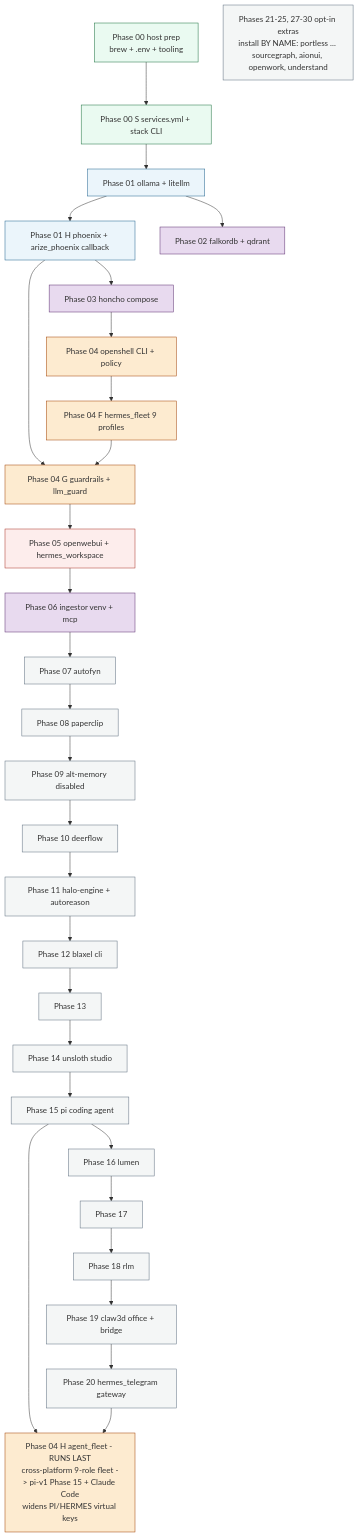
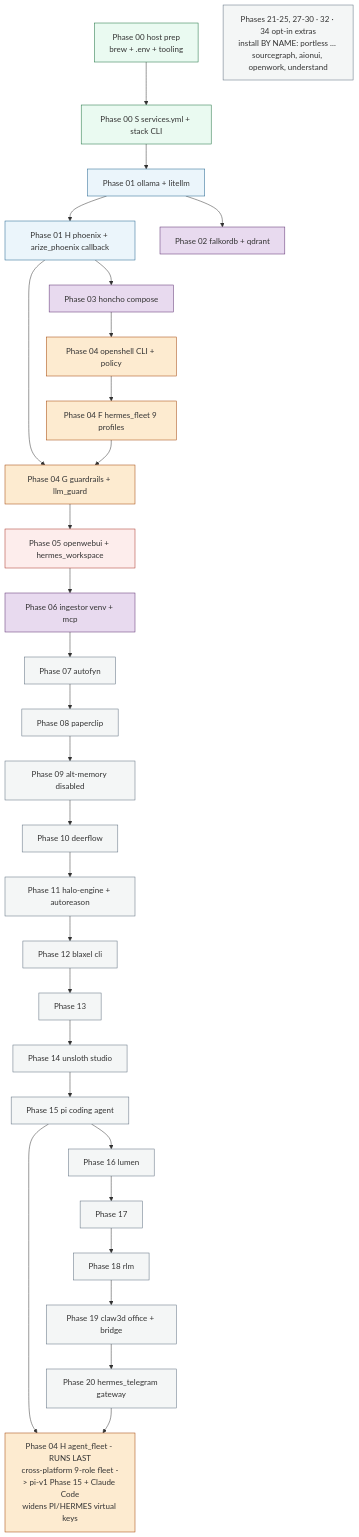
One commit to mayssamj/versatile-ai-stack changed the sixth of 6 diagrams in doc/DEPENDENCIES.md. Above: the diagram before and after it, drawn with Mermaid. The commit also changed 15 other files, not shown here.

````diff
--- a/doc/DEPENDENCIES.md
+++ b/doc/DEPENDENCIES.md
@@ -365,49 +365,49 @@
 ```mermaid
 graph TD
   classDef host fill:#eafaf1,stroke:#196f3d
   classDef inf fill:#ebf5fb,stroke:#1f618d
   classDef store fill:#e8daef,stroke:#5b2c6f
   classDef sec fill:#fdebd0,stroke:#a04000
   classDef ui fill:#fdedec,stroke:#a93226
   classDef opt fill:#f4f6f6,stroke:#5d6d7e
 
   p00[Phase 00 host prep<br/>brew + .env + tooling]:::host
   p00s[Phase 00 S services.yml + stack CLI]:::host
   p01[Phase 01 ollama + litellm]:::inf
   p01h[Phase 01 H phoenix + arize_phoenix callback]:::inf
   p02[Phase 02 falkordb + qdrant]:::store
   p03[Phase 03 honcho compose]:::store
   p04[Phase 04 openshell CLI + policy]:::sec
   p04f[Phase 04 F hermes_fleet 9 profiles]:::sec
   p04g[Phase 04 G guardrails + llm_guard]:::sec
   p05[Phase 05 openwebui + hermes_workspace]:::ui
   p06[Phase 06 ingestor venv + mcp]:::store
   p07[Phase 07 autofyn]:::opt
   p08[Phase 08 paperclip]:::opt
   p09[Phase 09 alt-memory disabled]:::opt
   p10[Phase 10 deerflow]:::opt
   p11[Phase 11 halo-engine + autoreason]:::opt
   p12[Phase 12 blaxel cli]:::opt
   p13[Phase 13]:::opt
   p14[Phase 14 unsloth studio]:::opt
   p15[Phase 15 pi coding agent]:::opt
   p16[Phase 16 lumen]:::opt
   p17[Phase 17]:::opt
   p18[Phase 18 rlm]:::opt
   p19[Phase 19 claw3d office + bridge]:::opt
   p20[Phase 20 hermes_telegram gateway]:::opt
-  p21_26[Phases 21-25, 27-30 opt-in extras<br/>install BY NAME: portless ... sourcegraph, aionui, openwork, understand]:::opt
+  p21_26[Phases 21-25, 27-30 · 32 · 34 opt-in extras<br/>install BY NAME: portless ... sourcegraph, aionui, openwork, understand]:::opt
   p04h[Phase 04 H agent_fleet - RUNS LAST<br/>cross-platform 9-role fleet -> pi-v1 Phase 15 + Claude Code<br/>widens PI/HERMES virtual keys]:::sec
 
   p00 --> p00s --> p01 --> p01h
   p01 --> p02
   p01h --> p03
   p03 --> p04 --> p04f
   p01h --> p04g
   p04f --> p04g
   p04g --> p05
   p05 --> p06
   p06 --> p07 --> p08 --> p09 --> p10 --> p11 --> p12 --> p13 --> p14 --> p15 --> p16 --> p17 --> p18 --> p19 --> p20
   p15 --> p04h
   p20 --> p04h
 ```
````
